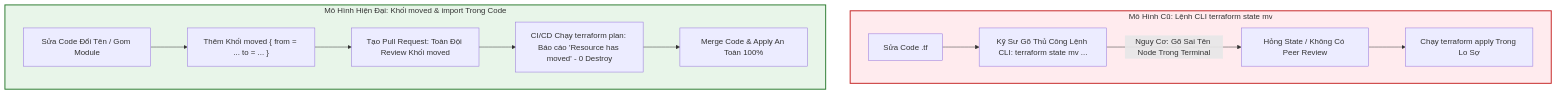
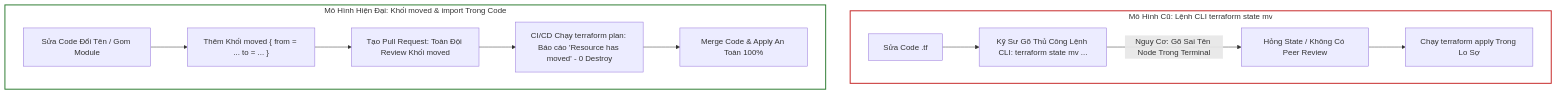
The first of 5 diagrams in _posts/2026-09-13-terraform-24-24-tai-cau-truc-quy-mo-lon-khoi-moved-va-import-declarative.md (kiennt308/ntk), drawn with Mermaid before and after one commit. The commit also changed other lines of this file and 207 other files, not shown here.

Commit message:
feat(posts): batch standardize all 208 posts with TL;DR, qa-card accordion, fill:none mermaid, and liquid raw wrappers

````diff
--- a/_posts/2026-09-13-terraform-24-24-tai-cau-truc-quy-mo-lon-khoi-moved-va-import-declarative.md
+++ b/_posts/2026-09-13-terraform-24-24-tai-cau-truc-quy-mo-lon-khoi-moved-va-import-declarative.md
@@ -38,20 +42,20 @@
 ```mermaid
 flowchart TD
     subgraph Imperative_Old ["Mô Hình Cũ: Lệnh CLI terraform state mv"]
         O1["Sửa Code .tf"] --> O2["Kỹ Sư Gõ Thủ Công Lệnh CLI: terraform state mv ..."]
         O2 -->|Nguy Cơ: Gõ Sai Tên Node Trong Terminal| O3["Hỏng State / Không Có Peer Review"]
         O3 --> O4["Chạy terraform apply Trong Lo Sợ"]
     end
 
     subgraph Declarative_Modern ["Mô Hình Hiện Đại: Khối moved & import Trong Code"]
         N1["Sửa Code Đổi Tên / Gom Module"] --> N2["Thêm Khối moved { from = ... to = ... }"]
         N2 --> N3["Tạo Pull Request: Toàn Đội Review Khối moved"]
         N3 --> N4["CI/CD Chạy terraform plan: Báo cáo 'Resource has moved' - 0 Destroy"]
         N4 --> N5["Merge Code & Apply An Toàn 100%"]
     end
 
-    style Imperative_Old fill:#ffebee,stroke:#c62828,stroke-width:2px
-    style Declarative_Modern fill:#e8f5e9,stroke:#2e7d32,stroke-width:2px
+    style Imperative_Old fill:none,stroke:#c62828,stroke-width:2px
+    style Declarative_Modern fill:none,stroke:#2e7d32,stroke-width:2px
 
 
 ```
````
